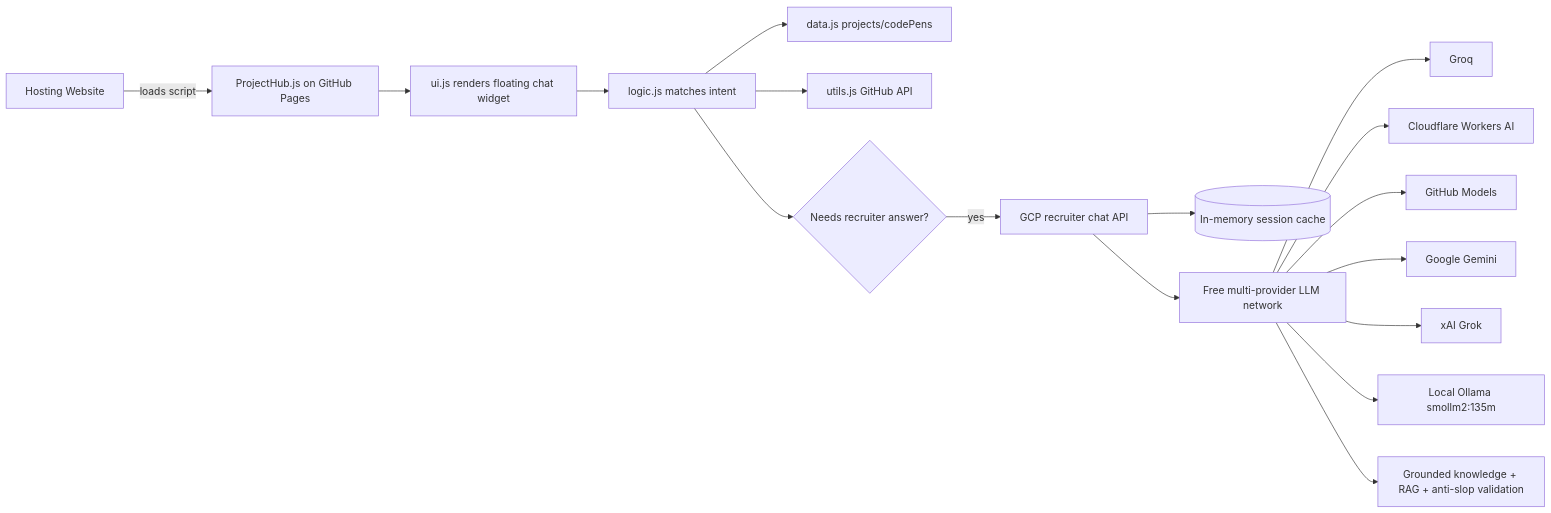
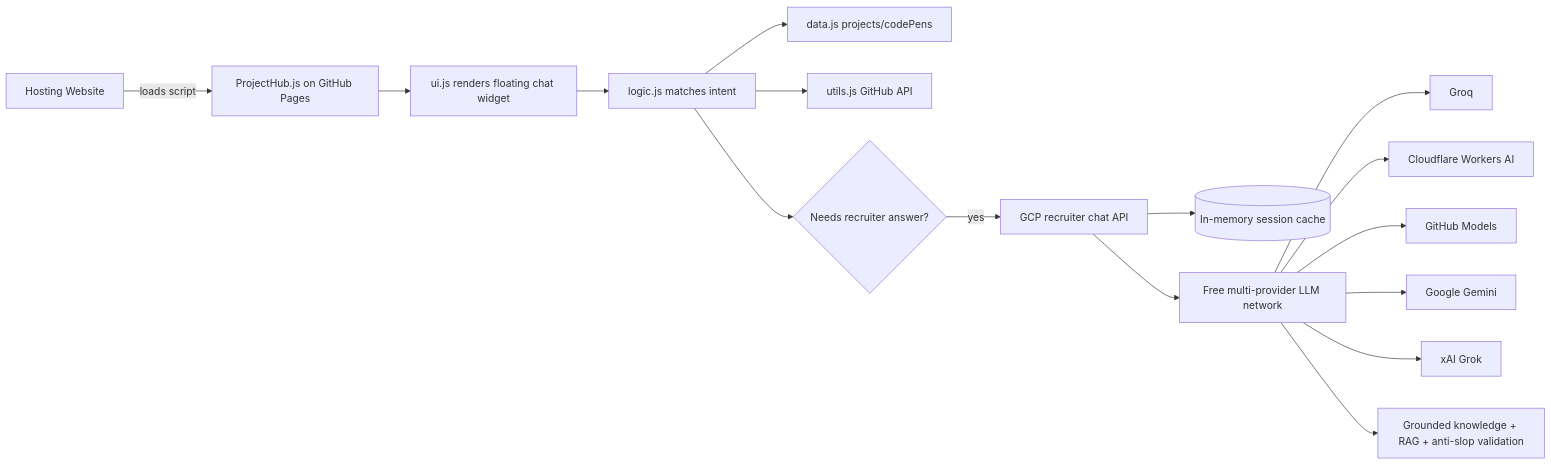
Before and after one commit to BradleyMatera/ProjectHub: the diagram in docs/architecture-overview.md, drawn with Mermaid. The commit also changed other lines of this file and 4 other files, not shown here.

````diff
--- a/docs/architecture-overview.md
+++ b/docs/architecture-overview.md
@@ -9,19 +9,18 @@
 ```mermaid
 flowchart LR
     A[Hosting Website] -- loads script --> B[ProjectHub.js on GitHub Pages]
     B --> C[ui.js renders floating chat widget]
     C --> D[logic.js matches intent]
     D --> E[data.js projects/codePens]
     D --> F[utils.js GitHub API]
     D --> G{Needs recruiter answer?}
     G -- yes --> H[GCP recruiter chat API]
     H --> M[(In-memory session cache)]
     H --> I[Free multi-provider LLM network]
     I --> J1[Groq]
     I --> J2[Cloudflare Workers AI]
     I --> J3[GitHub Models]
     I --> J4[Google Gemini]
     I --> J5[xAI Grok]
-    I --> J6[Local Ollama smollm2:135m]
     I --> K[Grounded knowledge + RAG + anti-slop validation]
 ```
````
